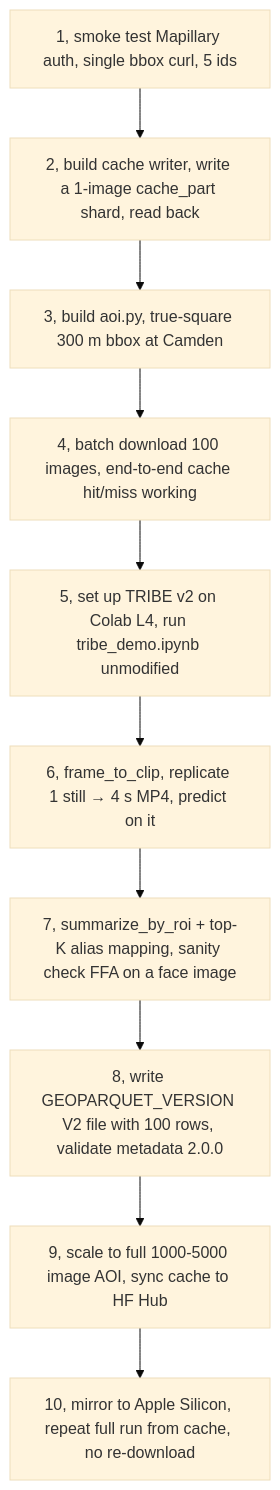
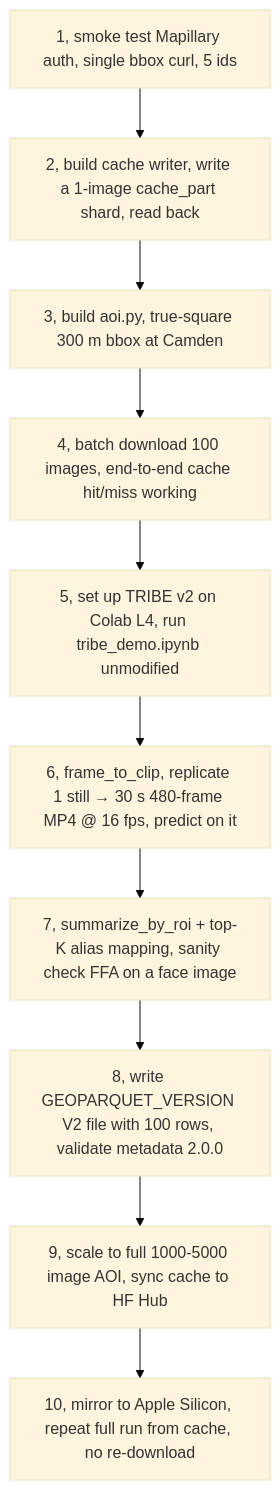
One commit to walkthru-earth/hnc changed the sixth of 6 diagrams in PLAN.md. Above: the diagram before and after it, drawn with Mermaid (base theme). The commit also changed other lines of this file and 1 other file, not shown here.

````diff
--- a/PLAN.md
+++ b/PLAN.md
@@ -473,13 +506,13 @@
 ```mermaid
 flowchart TB
     S1[1, smoke test Mapillary auth, single bbox curl, 5 ids] --> S2
     S2[2, build cache writer, write a 1-image cache_part shard, read back] --> S3
     S3[3, build aoi.py, true-square 300 m bbox at Camden] --> S4
     S4[4, batch download 100 images, end-to-end cache hit/miss working] --> S5
     S5[5, set up TRIBE v2 on Colab L4, run tribe_demo.ipynb unmodified] --> S6
-    S6[6, frame_to_clip, replicate 1 still → 4 s MP4, predict on it] --> S7
+    S6[6, frame_to_clip, replicate 1 still → 30 s 480-frame MP4 @ 16 fps, predict on it] --> S7
     S7[7, summarize_by_roi + top-K alias mapping, sanity check FFA on a face image] --> S8
     S8[8, write GEOPARQUET_VERSION V2 file with 100 rows, validate metadata 2.0.0] --> S9
     S9[9, scale to full 1000-5000 image AOI, sync cache to HF Hub] --> S10
     S10[10, mirror to Apple Silicon, repeat full run from cache, no re-download]
 ```
````
